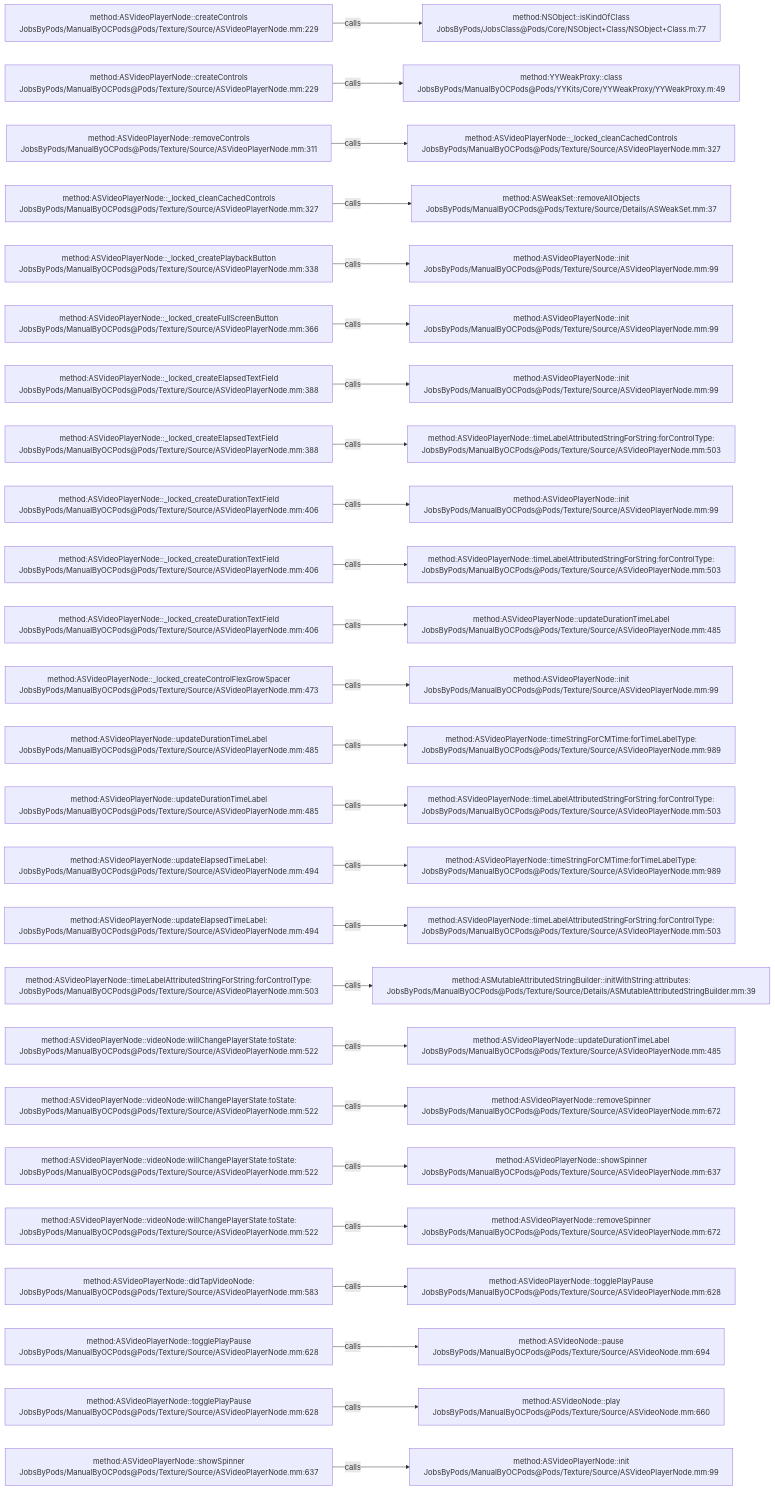
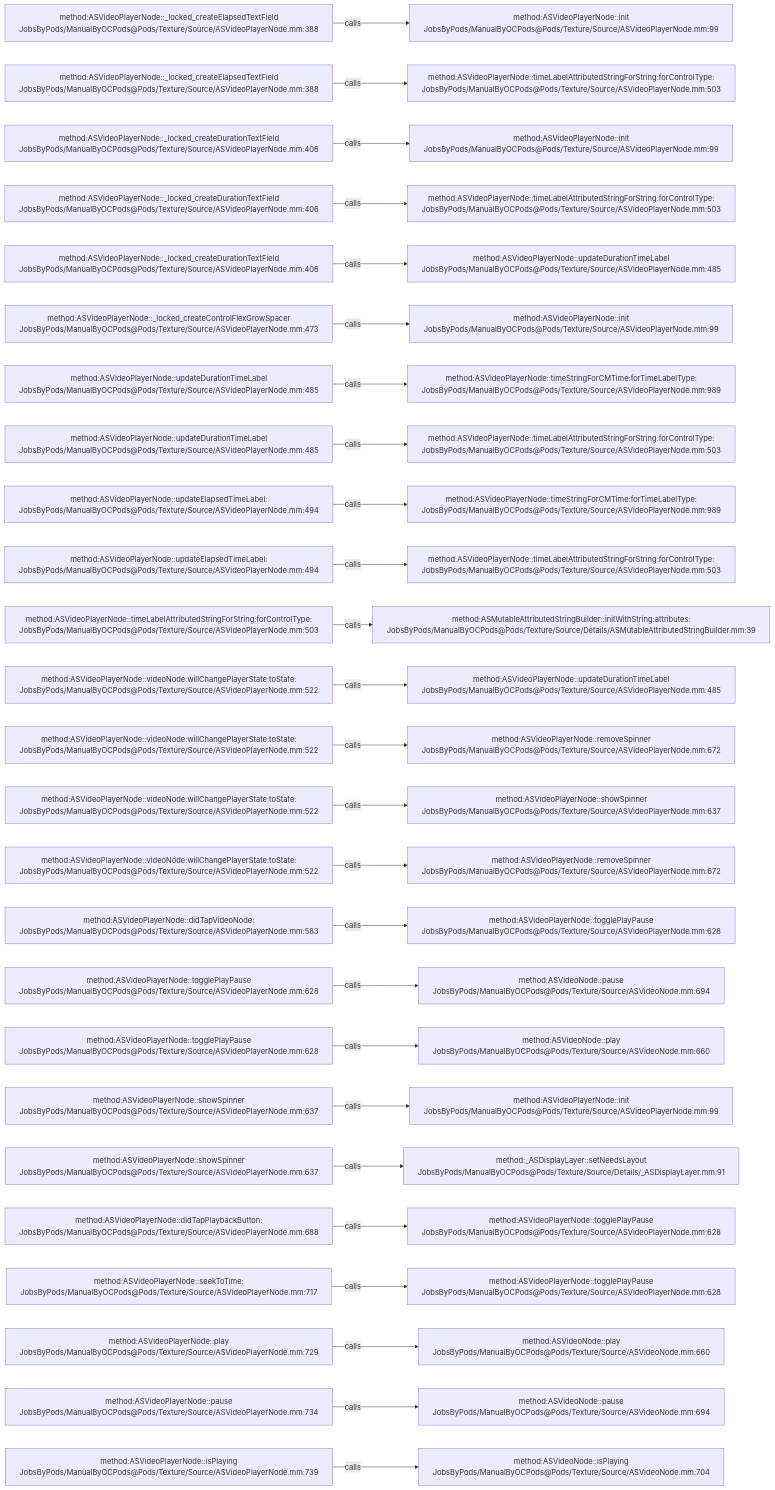
One commit to JobsKits/JobsOCBaseConfigDemo changed the diagram in .codegraph/codegraph.md/graphs/calls-138.md. Above: the diagram before and after it, drawn with Mermaid. The commit also changed 666 other files, not shown here.

````diff
--- a/.codegraph/codegraph.md/graphs/calls-138.md
+++ b/.codegraph/codegraph.md/graphs/calls-138.md
@@ -13,78 +13,78 @@
 ```mermaid
 flowchart LR
-  S1["method:ASVideoPlayerNode::createControls<br/>JobsByPods/ManualByOCPods@Pods/Texture/Source/ASVideoPlayerNode.mm:229"]
-  T1["method:NSObject::isKindOfClass<br/>JobsByPods/JobsClass@Pods/Core/NSObject+Class/NSObject+Class.m:77"]
+  S1["method:ASVideoPlayerNode::_locked_createElapsedTextField<br/>JobsByPods/ManualByOCPods@Pods/Texture/Source/ASVideoPlayerNode.mm:388"]
+  T1["method:ASVideoPlayerNode::init<br/>JobsByPods/ManualByOCPods@Pods/Texture/Source/ASVideoPlayerNode.mm:99"]
   S1 -->|calls| T1
-  S2["method:ASVideoPlayerNode::createControls<br/>JobsByPods/ManualByOCPods@Pods/Texture/Source/ASVideoPlayerNode.mm:229"]
-  T2["method:YYWeakProxy::class<br/>JobsByPods/ManualByOCPods@Pods/YYKits/Core/YYWeakProxy/YYWeakProxy.m:49"]
+  S2["method:ASVideoPlayerNode::_locked_createElapsedTextField<br/>JobsByPods/ManualByOCPods@Pods/Texture/Source/ASVideoPlayerNode.mm:388"]
+  T2["method:ASVideoPlayerNode::timeLabelAttributedStringForString:forControlType:<br/>JobsByPods/ManualByOCPods@Pods/Texture/Source/ASVideoPlayerNode.mm:503"]
   S2 -->|calls| T2
-  S3["method:ASVideoPlayerNode::removeControls<br/>JobsByPods/ManualByOCPods@Pods/Texture/Source/ASVideoPlayerNode.mm:311"]
-  T3["method:ASVideoPlayerNode::_locked_cleanCachedControls<br/>JobsByPods/ManualByOCPods@Pods/Texture/Source/ASVideoPlayerNode.mm:327"]
+  S3["method:ASVideoPlayerNode::_locked_createDurationTextField<br/>JobsByPods/ManualByOCPods@Pods/Texture/Source/ASVideoPlayerNode.mm:406"]
+  T3["method:ASVideoPlayerNode::init<br/>JobsByPods/ManualByOCPods@Pods/Texture/Source/ASVideoPlayerNode.mm:99"]
   S3 -->|calls| T3
-  S4["method:ASVideoPlayerNode::_locked_cleanCachedControls<br/>JobsByPods/ManualByOCPods@Pods/Texture/Source/ASVideoPlayerNode.mm:327"]
-  T4["method:ASWeakSet::removeAllObjects<br/>JobsByPods/ManualByOCPods@Pods/Texture/Source/Details/ASWeakSet.mm:37"]
+  S4["method:ASVideoPlayerNode::_locked_createDurationTextField<br/>JobsByPods/ManualByOCPods@Pods/Texture/Source/ASVideoPlayerNode.mm:406"]
+  T4["method:ASVideoPlayerNode::timeLabelAttributedStringForString:forControlType:<br/>JobsByPods/ManualByOCPods@Pods/Texture/Source/ASVideoPlayerNode.mm:503"]
   S4 -->|calls| T4
-  S5["method:ASVideoPlayerNode::_locked_createPlaybackButton<br/>JobsByPods/ManualByOCPods@Pods/Texture/Source/ASVideoPlayerNode.mm:338"]
-  T5["method:ASVideoPlayerNode::init<br/>JobsByPods/ManualByOCPods@Pods/Texture/Source/ASVideoPlayerNode.mm:99"]
+  S5["method:ASVideoPlayerNode::_locked_createDurationTextField<br/>JobsByPods/ManualByOCPods@Pods/Texture/Source/ASVideoPlayerNode.mm:406"]
+  T5["method:ASVideoPlayerNode::updateDurationTimeLabel<br/>JobsByPods/ManualByOCPods@Pods/Texture/Source/ASVideoPlayerNode.mm:485"]
   S5 -->|calls| T5
-  S6["method:ASVideoPlayerNode::_locked_createFullScreenButton<br/>JobsByPods/ManualByOCPods@Pods/Texture/Source/ASVideoPlayerNode.mm:366"]
+  S6["method:ASVideoPlayerNode::_locked_createControlFlexGrowSpacer<br/>JobsByPods/ManualByOCPods@Pods/Texture/Source/ASVideoPlayerNode.mm:473"]
   T6["method:ASVideoPlayerNode::init<br/>JobsByPods/ManualByOCPods@Pods/Texture/Source/ASVideoPlayerNode.mm:99"]
   S6 -->|calls| T6
-  S7["method:ASVideoPlayerNode::_locked_createElapsedTextField<br/>JobsByPods/ManualByOCPods@Pods/Texture/Source/ASVideoPlayerNode.mm:388"]
-  T7["method:ASVideoPlayerNode::init<br/>JobsByPods/ManualByOCPods@Pods/Texture/Source/ASVideoPlayerNode.mm:99"]
+  S7["method:ASVideoPlayerNode::updateDurationTimeLabel<br/>JobsByPods/ManualByOCPods@Pods/Texture/Source/ASVideoPlayerNode.mm:485"]
+  T7["method:ASVideoPlayerNode::timeStringForCMTime:forTimeLabelType:<br/>JobsByPods/ManualByOCPods@Pods/Texture/Source/ASVideoPlayerNode.mm:989"]
   S7 -->|calls| T7
-  S8["method:ASVideoPlayerNode::_locked_createElapsedTextField<br/>JobsByPods/ManualByOCPods@Pods/Texture/Source/ASVideoPlayerNode.mm:388"]
+  S8["method:ASVideoPlayerNode::updateDurationTimeLabel<br/>JobsByPods/ManualByOCPods@Pods/Texture/Source/ASVideoPlayerNode.mm:485"]
   T8["method:ASVideoPlayerNode::timeLabelAttributedStringForString:forControlType:<br/>JobsByPods/ManualByOCPods@Pods/Texture/Source/ASVideoPlayerNode.mm:503"]
   S8 -->|calls| T8
-  S9["method:ASVideoPlayerNode::_locked_createDurationTextField<br/>JobsByPods/ManualByOCPods@Pods/Texture/Source/ASVideoPlayerNode.mm:406"]
-  T9["method:ASVideoPlayerNode::init<br/>JobsByPods/ManualByOCPods@Pods/Texture/Source/ASVideoPlayerNode.mm:99"]
+  S9["method:ASVideoPlayerNode::updateElapsedTimeLabel:<br/>JobsByPods/ManualByOCPods@Pods/Texture/Source/ASVideoPlayerNode.mm:494"]
+  T9["method:ASVideoPlayerNode::timeStringForCMTime:forTimeLabelType:<br/>JobsByPods/ManualByOCPods@Pods/Texture/Source/ASVideoPlayerNode.mm:989"]
   S9 -->|calls| T9
-  S10["method:ASVideoPlayerNode::_locked_createDurationTextField<br/>JobsByPods/ManualByOCPods@Pods/Texture/Source/ASVideoPlayerNode.mm:406"]
+  S10["method:ASVideoPlayerNode::updateElapsedTimeLabel:<br/>JobsByPods/ManualByOCPods@Pods/Texture/Source/ASVideoPlayerNode.mm:494"]
   T10["method:ASVideoPlayerNode::timeLabelAttributedStringForString:forControlType:<br/>JobsByPods/ManualByOCPods@Pods/Texture/Source/ASVideoPlayerNode.mm:503"]
   S10 -->|calls| T10
-  S11["method:ASVideoPlayerNode::_locked_createDurationTextField<br/>JobsByPods/ManualByOCPods@Pods/Texture/Source/ASVideoPlayerNode.mm:406"]
-  T11["method:ASVideoPlayerNode::updateDurationTimeLabel<br/>JobsByPods/ManualByOCPods@Pods/Texture/Source/ASVideoPlayerNode.mm:485"]
+  S11["method:ASVideoPlayerNode::timeLabelAttributedStringForString:forControlType:<br/>JobsByPods/ManualByOCPods@Pods/Texture/Source/ASVideoPlayerNode.mm:503"]
+  T11["method:ASMutableAttributedStringBuilder::initWithString:attributes:<br/>JobsByPods/ManualByOCPods@Pods/Texture/Source/Details/ASMutableAttributedStringBuilder.mm:39"]
   S11 -->|calls| T11
-  S12["method:ASVideoPlayerNode::_locked_createControlFlexGrowSpacer<br/>JobsByPods/ManualByOCPods@Pods/Texture/Source/ASVideoPlayerNode.mm:473"]
-  T12["method:ASVideoPlayerNode::init<br/>JobsByPods/ManualByOCPods@Pods/Texture/Source/ASVideoPlayerNode.mm:99"]
+  S12["method:ASVideoPlayerNode::videoNode:willChangePlayerState:toState:<br/>JobsByPods/ManualByOCPods@Pods/Texture/Source/ASVideoPlayerNode.mm:522"]
+  T12["method:ASVideoPlayerNode::updateDurationTimeLabel<br/>JobsByPods/ManualByOCPods@Pods/Texture/Source/ASVideoPlayerNode.mm:485"]
   S12 -->|calls| T12
-  S13["method:ASVideoPlayerNode::updateDurationTimeLabel<br/>JobsByPods/ManualByOCPods@Pods/Texture/Source/ASVideoPlayerNode.mm:485"]
-  T13["method:ASVideoPlayerNode::timeStringForCMTime:forTimeLabelType:<br/>JobsByPods/ManualByOCPods@Pods/Texture/Source/ASVideoPlayerNode.mm:989"]
+  S13["method:ASVideoPlayerNode::videoNode:willChangePlayerState:toState:<br/>JobsByPods/ManualByOCPods@Pods/Texture/Source/ASVideoPlayerNode.mm:522"]
+  T13["method:ASVideoPlayerNode::removeSpinner<br/>JobsByPods/ManualByOCPods@Pods/Texture/Source/ASVideoPlayerNode.mm:672"]
   S13 -->|calls| T13
-  S14["method:ASVideoPlayerNode::updateDurationTimeLabel<br/>JobsByPods/ManualByOCPods@Pods/Texture/Source/ASVideoPlayerNode.mm:485"]
-  T14["method:ASVideoPlayerNode::timeLabelAttributedStringForString:forControlType:<br/>JobsByPods/ManualByOCPods@Pods/Texture/Source/ASVideoPlayerNode.mm:503"]
+  S14["method:ASVideoPlayerNode::videoNode:willChangePlayerState:toState:<br/>JobsByPods/ManualByOCPods@Pods/Texture/Source/ASVideoPlayerNode.mm:522"]
+  T14["method:ASVideoPlayerNode::showSpinner<br/>JobsByPods/ManualByOCPods@Pods/Texture/Source/ASVideoPlayerNode.mm:637"]
   S14 -->|calls| T14
-  S15["method:ASVideoPlayerNode::updateElapsedTimeLabel:<br/>JobsByPods/ManualByOCPods@Pods/Texture/Source/ASVideoPlayerNode.mm:494"]
-  T15["method:ASVideoPlayerNode::timeStringForCMTime:forTimeLabelType:<br/>JobsByPods/ManualByOCPods@Pods/Texture/Source/ASVideoPlayerNode.mm:989"]
+  S15["method:ASVideoPlayerNode::videoNode:willChangePlayerState:toState:<br/>JobsByPods/ManualByOCPods@Pods/Texture/Source/ASVideoPlayerNode.mm:522"]
+  T15["method:ASVideoPlayerNode::removeSpinner<br/>JobsByPods/ManualByOCPods@Pods/Texture/Source/ASVideoPlayerNode.mm:672"]
   S15 -->|calls| T15
-  S16["method:ASVideoPlayerNode::updateElapsedTimeLabel:<br/>JobsByPods/ManualByOCPods@Pods/Texture/Source/ASVideoPlayerNode.mm:494"]
-  T16["method:ASVideoPlayerNode::timeLabelAttributedStringForString:forControlType:<br/>JobsByPods/ManualByOCPods@Pods/Texture/Source/ASVideoPlayerNode.mm:503"]
+  S16["method:ASVideoPlayerNode::didTapVideoNode:<br/>JobsByPods/ManualByOCPods@Pods/Texture/Source/ASVideoPlayerNode.mm:583"]
+  T16["method:ASVideoPlayerNode::togglePlayPause<br/>JobsByPods/ManualByOCPods@Pods/Texture/Source/ASVideoPlayerNode.mm:628"]
   S16 -->|calls| T16
-  S17["method:ASVideoPlayerNode::timeLabelAttributedStringForString:forControlType:<br/>JobsByPods/ManualByOCPods@Pods/Texture/Source/ASVideoPlayerNode.mm:503"]
-  T17["method:ASMutableAttributedStringBuilder::initWithString:attributes:<br/>JobsByPods/ManualByOCPods@Pods/Texture/Source/Details/ASMutableAttributedStringBuilder.mm:39"]
+  S17["method:ASVideoPlayerNode::togglePlayPause<br/>JobsByPods/ManualByOCPods@Pods/Texture/Source/ASVideoPlayerNode.mm:628"]
+  T17["method:ASVideoNode::pause<br/>JobsByPods/ManualByOCPods@Pods/Texture/Source/ASVideoNode.mm:694"]
   S17 -->|calls| T17
-  S18["method:ASVideoPlayerNode::videoNode:willChangePlayerState:toState:<br/>JobsByPods/ManualByOCPods@Pods/Texture/Source/ASVideoPlayerNode.mm:522"]
-  T18["method:ASVideoPlayerNode::updateDurationTimeLabel<br/>JobsByPods/ManualByOCPods@Pods/Texture/Source/ASVideoPlayerNode.mm:485"]
+  S18["method:ASVideoPlayerNode::togglePlayPause<br/>JobsByPods/ManualByOCPods@Pods/Texture/Source/ASVideoPlayerNode.mm:628"]
+  T18["method:ASVideoNode::play<br/>JobsByPods/ManualByOCPods@Pods/Texture/Source/ASVideoNode.mm:660"]
   S18 -->|calls| T18
-  S19["method:ASVideoPlayerNode::videoNode:willChangePlayerState:toState:<br/>JobsByPods/ManualByOCPods@Pods/Texture/Source/ASVideoPlayerNode.mm:522"]
-  T19["method:ASVideoPlayerNode::removeSpinner<br/>JobsByPods/ManualByOCPods@Pods/Texture/Source/ASVideoPlayerNode.mm:672"]
+  S19["method:ASVideoPlayerNode::showSpinner<br/>JobsByPods/ManualByOCPods@Pods/Texture/Source/ASVideoPlayerNode.mm:637"]
+  T19["method:ASVideoPlayerNode::init<br/>JobsByPods/ManualByOCPods@Pods/Texture/Source/ASVideoPlayerNode.mm:99"]
   S19 -->|calls| T19
-  S20["method:ASVideoPlayerNode::videoNode:willChangePlayerState:toState:<br/>JobsByPods/ManualByOCPods@Pods/Texture/Source/ASVideoPlayerNode.mm:522"]
-  T20["method:ASVideoPlayerNode::showSpinner<br/>JobsByPods/ManualByOCPods@Pods/Texture/Source/ASVideoPlayerNode.mm:637"]
+  S20["method:ASVideoPlayerNode::showSpinner<br/>JobsByPods/ManualByOCPods@Pods/Texture/Source/ASVideoPlayerNode.mm:637"]
+  T20["method:_ASDisplayLayer::setNeedsLayout<br/>JobsByPods/ManualByOCPods@Pods/Texture/Source/Details/_ASDisplayLayer.mm:91"]
   S20 -->|calls| T20
-  S21["method:ASVideoPlayerNode::videoNode:willChangePlayerState:toState:<br/>JobsByPods/ManualByOCPods@Pods/Texture/Source/ASVideoPlayerNode.mm:522"]
-  T21["method:ASVideoPlayerNode::removeSpinner<br/>JobsByPods/ManualByOCPods@Pods/Texture/Source/ASVideoPlayerNode.mm:672"]
+  S21["method:ASVideoPlayerNode::didTapPlaybackButton:<br/>JobsByPods/ManualByOCPods@Pods/Texture/Source/ASVideoPlayerNode.mm:688"]
+  T21["method:ASVideoPlayerNode::togglePlayPause<br/>JobsByPods/ManualByOCPods@Pods/Texture/Source/ASVideoPlayerNode.mm:628"]
   S21 -->|calls| T21
-  S22["method:ASVideoPlayerNode::didTapVideoNode:<br/>JobsByPods/ManualByOCPods@Pods/Texture/Source/ASVideoPlayerNode.mm:583"]
+  S22["method:ASVideoPlayerNode::seekToTime:<br/>JobsByPods/ManualByOCPods@Pods/Texture/Source/ASVideoPlayerNode.mm:717"]
   T22["method:ASVideoPlayerNode::togglePlayPause<br/>JobsByPods/ManualByOCPods@Pods/Texture/Source/ASVideoPlayerNode.mm:628"]
   S22 -->|calls| T22
-  S23["method:ASVideoPlayerNode::togglePlayPause<br/>JobsByPods/ManualByOCPods@Pods/Texture/Source/ASVideoPlayerNode.mm:628"]
-  T23["method:ASVideoNode::pause<br/>JobsByPods/ManualByOCPods@Pods/Texture/Source/ASVideoNode.mm:694"]
+  S23["method:ASVideoPlayerNode::play<br/>JobsByPods/ManualByOCPods@Pods/Texture/Source/ASVideoPlayerNode.mm:729"]
+  T23["method:ASVideoNode::play<br/>JobsByPods/ManualByOCPods@Pods/Texture/Source/ASVideoNode.mm:660"]
   S23 -->|calls| T23
-  S24["method:ASVideoPlayerNode::togglePlayPause<br/>JobsByPods/ManualByOCPods@Pods/Texture/Source/ASVideoPlayerNode.mm:628"]
-  T24["method:ASVideoNode::play<br/>JobsByPods/ManualByOCPods@Pods/Texture/Source/ASVideoNode.mm:660"]
+  S24["method:ASVideoPlayerNode::pause<br/>JobsByPods/ManualByOCPods@Pods/Texture/Source/ASVideoPlayerNode.mm:734"]
+  T24["method:ASVideoNode::pause<br/>JobsByPods/ManualByOCPods@Pods/Texture/Source/ASVideoNode.mm:694"]
   S24 -->|calls| T24
-  S25["method:ASVideoPlayerNode::showSpinner<br/>JobsByPods/ManualByOCPods@Pods/Texture/Source/ASVideoPlayerNode.mm:637"]
-  T25["method:ASVideoPlayerNode::init<br/>JobsByPods/ManualByOCPods@Pods/Texture/Source/ASVideoPlayerNode.mm:99"]
+  S25["method:ASVideoPlayerNode::isPlaying<br/>JobsByPods/ManualByOCPods@Pods/Texture/Source/ASVideoPlayerNode.mm:739"]
+  T25["method:ASVideoNode::isPlaying<br/>JobsByPods/ManualByOCPods@Pods/Texture/Source/ASVideoNode.mm:704"]
   S25 -->|calls| T25
 ```
````
